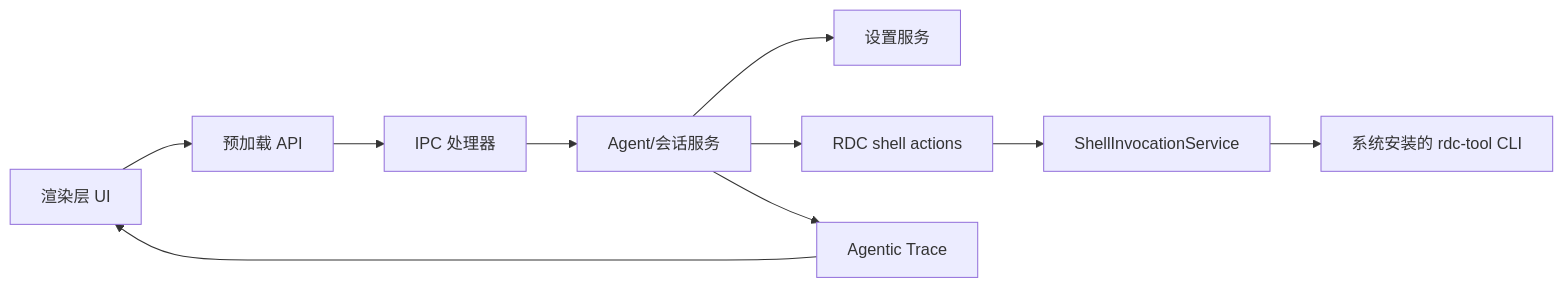
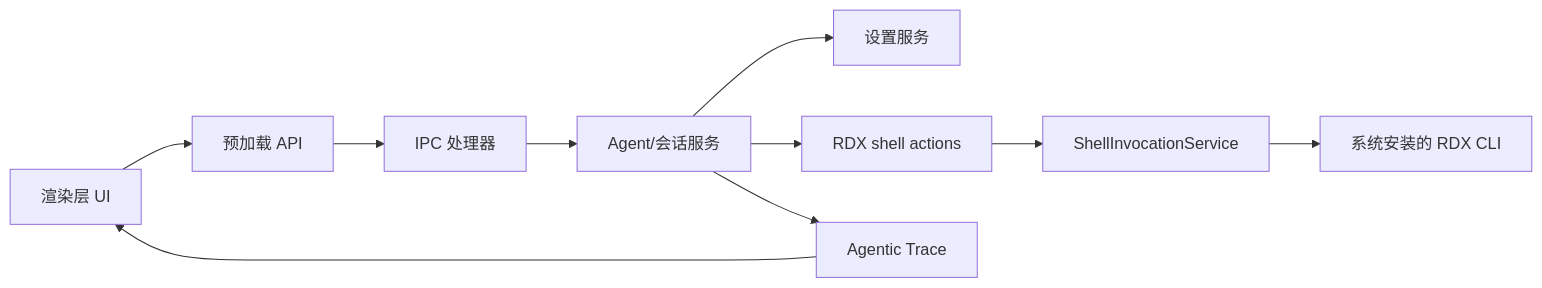
Before and after one commit to haolange/RDC-Agent: the second of 8 diagrams in .qoder/repowiki/zh/content/项目概述.md, drawn with Mermaid. The commit also changed other lines of this file and 150 other files, not shown here.

````diff
--- a/.qoder/repowiki/zh/content/项目概述.md
+++ b/.qoder/repowiki/zh/content/项目概述.md
@@ -101,12 +99,12 @@
 ```mermaid
 flowchart LR
 Renderer["渲染层 UI"] --> Preload["预加载 API"]
 Preload --> IPC["IPC 处理器"]
 IPC --> Runtime["Agent/会话服务"]
 Runtime --> Settings["设置服务"]
-Runtime --> Actions["RDC shell actions"]
+Runtime --> Actions["RDX shell actions"]
 Actions --> Shell["ShellInvocationService"]
-Shell --> CLI["系统安装的 rdc-tool CLI"]
+Shell --> CLI["系统安装的 RDX CLI"]
 Runtime --> Trace["Agentic Trace"]
 Trace --> Renderer
 ```
````
